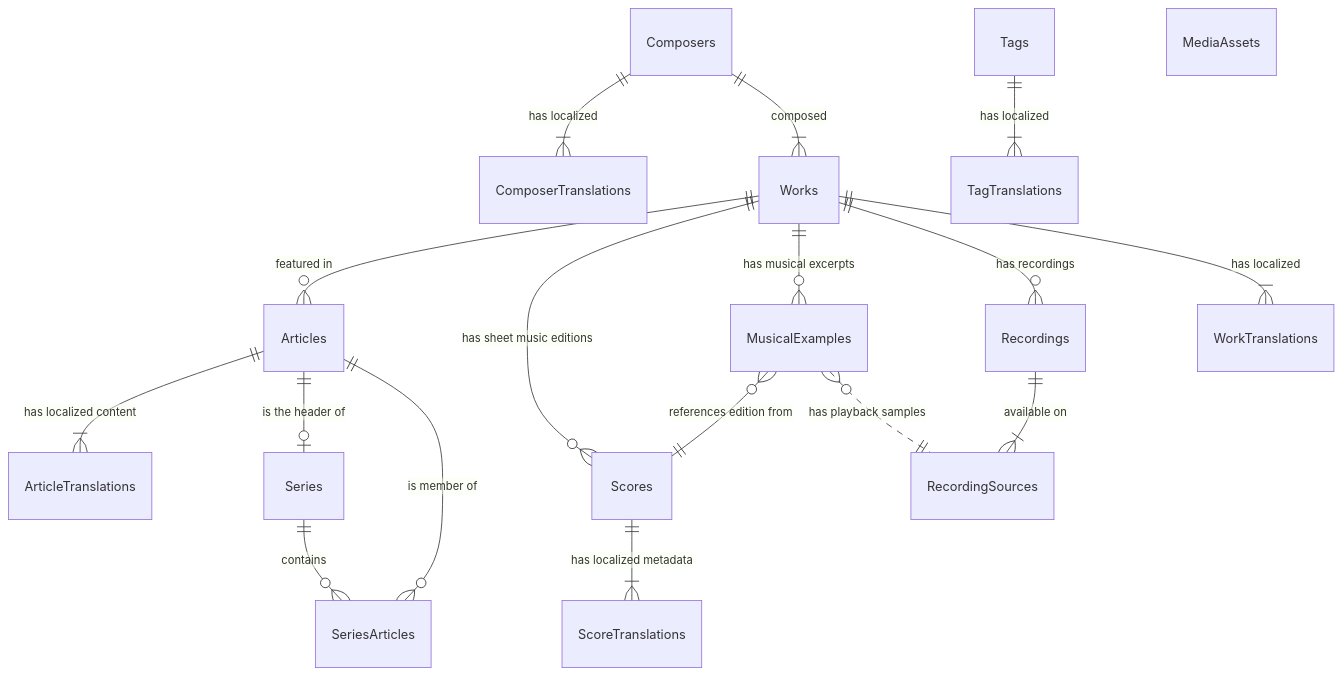
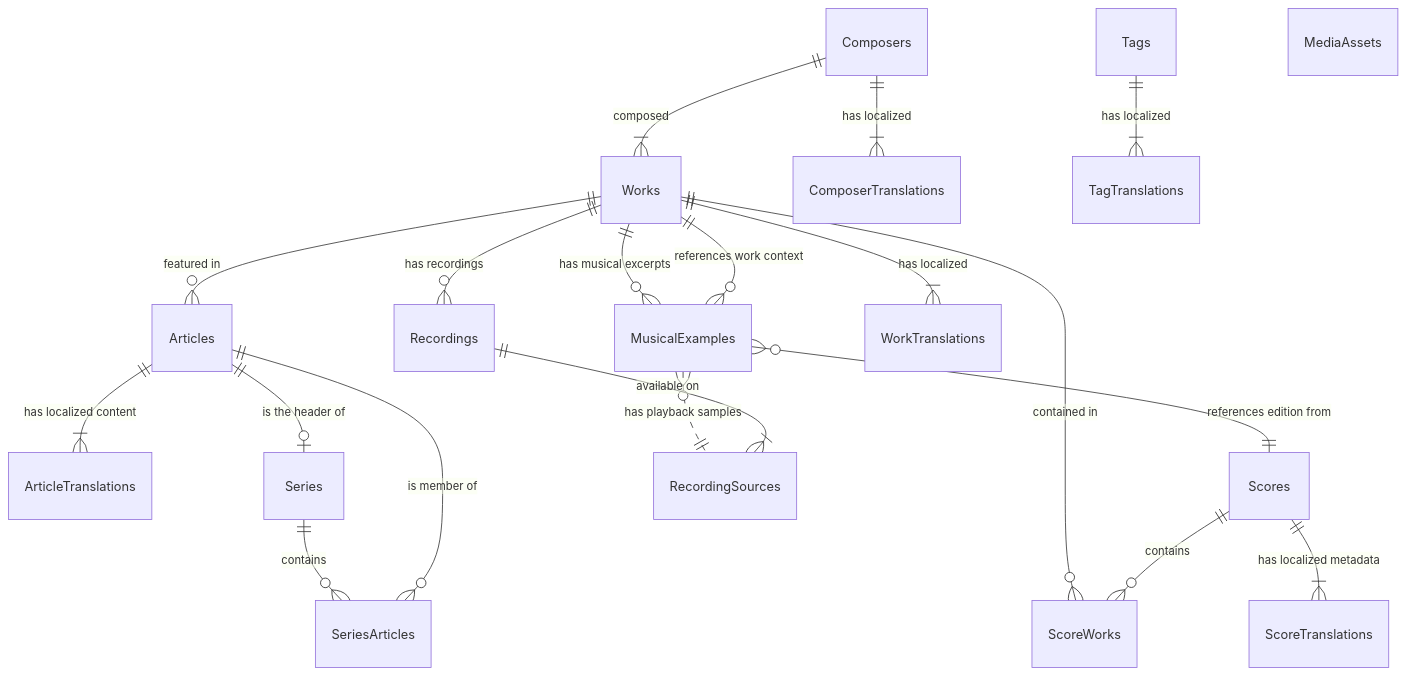
One commit to preludio-lab/preludio-lab changed the first of 3 diagrams in docs/05_design/database-schema.md. Above: the diagram before and after it, drawn with Mermaid. The commit also changed other lines of this file and 10 other files, not shown here.

````diff
--- a/docs/05_design/database-schema.md
+++ b/docs/05_design/database-schema.md
@@ -54,25 +54,27 @@
 ```mermaid
 erDiagram
     %% Core Tables: Articles & Series
     Works ||--o{ Articles : "featured in"
     Articles ||--|{ ArticleTranslations : "has localized content"
     Articles ||--o| Series : "is the header of"
     Series ||--o{ SeriesArticles : "contains"
     Articles ||--o{ SeriesArticles : "is member of"
 
     %% Asset Tables: Scores & Recordings
-    Works ||--o{ Scores : "has sheet music editions"
+    Works ||--o{ ScoreWorks : "contained in"
+    Scores ||--o{ ScoreWorks : "contains"
     Scores ||--|{ ScoreTranslations : "has localized metadata"
     Works ||--o{ MusicalExamples : "has musical excerpts"
     MusicalExamples }o--|| Scores : "references edition from"
+    MusicalExamples }o--|| Works : "references work context"
     MusicalExamples }o..|| RecordingSources : "has playback samples"
     Works ||--o{ Recordings : "has recordings"
     Recordings ||--|{ RecordingSources : "available on"
 
     %% Master Tables: Composers & Works
     Composers ||--|{ ComposerTranslations : "has localized"
     Composers ||--|{ Works : "composed"
     Works ||--|{ WorkTranslations : "has localized"
     Tags ||--|{ TagTranslations : "has localized"
     MediaAssets
 ```
````
